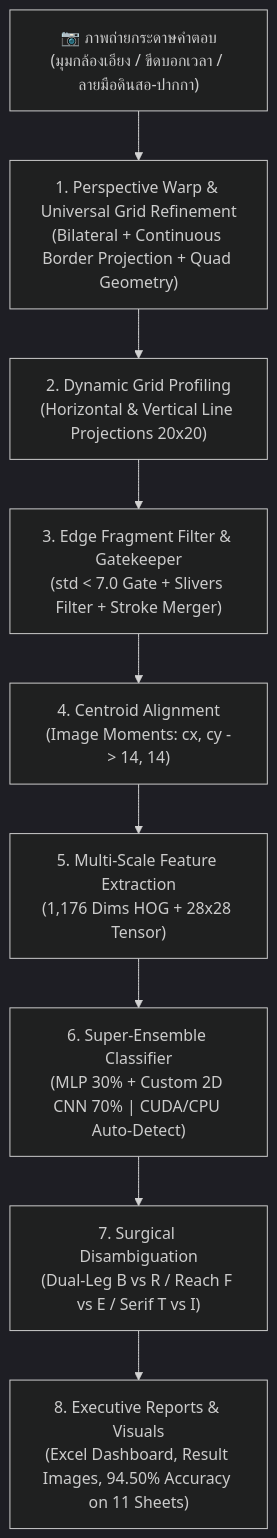
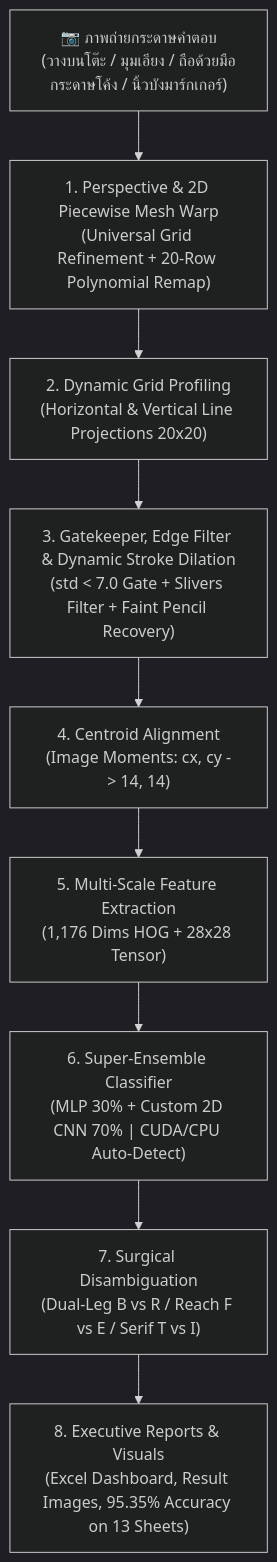
Before and after one commit to 67160213-ux/Project_CV: the diagram in README.md, drawn with Mermaid (dark theme). The commit also changed other lines of this file and 1 other file, not shown here.

Commit message:
docs: update README.md and howtodo.md with 13-sheet benchmark (95.35%), 2D mesh warp, and paper citations

````diff
--- a/README.md
+++ b/README.md
@@ -78,11 +73,11 @@
 ```mermaid
 graph TD
-    A["📷 ภาพถ่ายกระดาษคำตอบ<br/>(มุมกล้องเอียง / ขีดบอกเวลา / ลายมือดินสอ-ปากกา)"] --> B["1. Perspective Warp & Universal Grid Refinement<br/>(Bilateral + Continuous Border Projection + Quad Geometry)"]
+    A["📷 ภาพถ่ายกระดาษคำตอบ<br/>(วางบนโต๊ะ / มุมเอียง / ถือด้วยมือกระดาษโค้ง / นิ้วบังมาร์กเกอร์)"] --> B["1. Perspective & 2D Piecewise Mesh Warp<br/>(Universal Grid Refinement + 20-Row Polynomial Remap)"]
     B --> C["2. Dynamic Grid Profiling<br/>(Horizontal & Vertical Line Projections 20x20)"]
-    C --> D["3. Edge Fragment Filter & Gatekeeper<br/>(std < 7.0 Gate + Slivers Filter + Stroke Merger)"]
+    C --> D["3. Gatekeeper, Edge Filter & Dynamic Stroke Dilation<br/>(std < 7.0 Gate + Slivers Filter + Faint Pencil Recovery)"]
     D --> E["4. Centroid Alignment<br/>(Image Moments: cx, cy -> 14, 14)"]
     E --> F["5. Multi-Scale Feature Extraction<br/>(1,176 Dims HOG + 28x28 Tensor)"]
     F --> G["6. Super-Ensemble Classifier<br/>(MLP 30% + Custom 2D CNN 70% | CUDA/CPU Auto-Detect)"]
     G --> H["7. Surgical Disambiguation<br/>(Dual-Leg B vs R / Reach F vs E / Serif T vs I)"]
-    H --> I["8. Executive Reports & Visuals<br/>(Excel Dashboard, Result Images, 94.50% Accuracy on 11 Sheets)"]
+    H --> I["8. Executive Reports & Visuals<br/>(Excel Dashboard, Result Images, 95.35% Accuracy on 13 Sheets)"]
 ```
````
